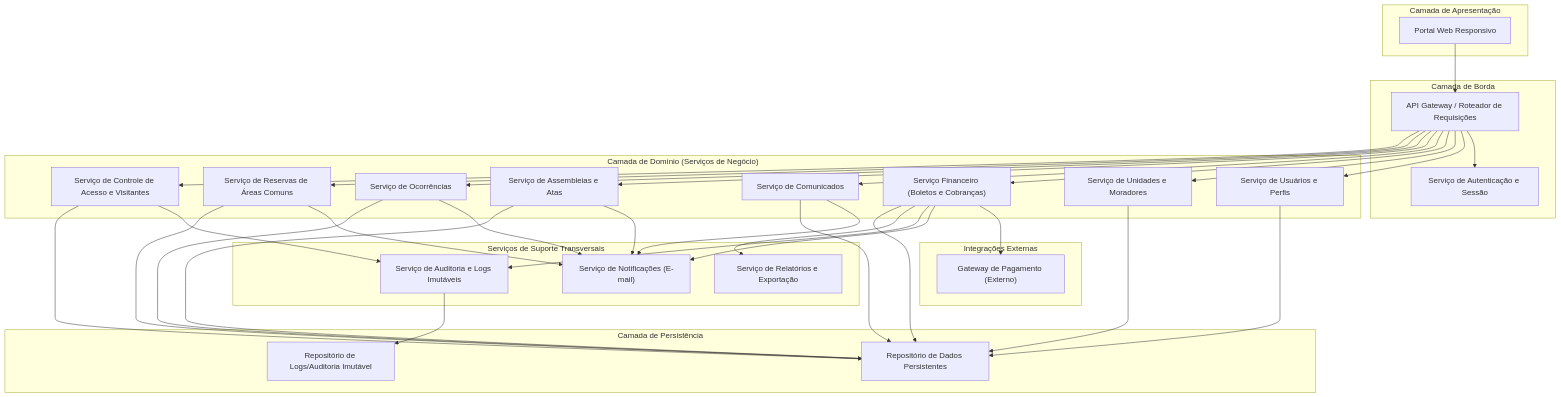
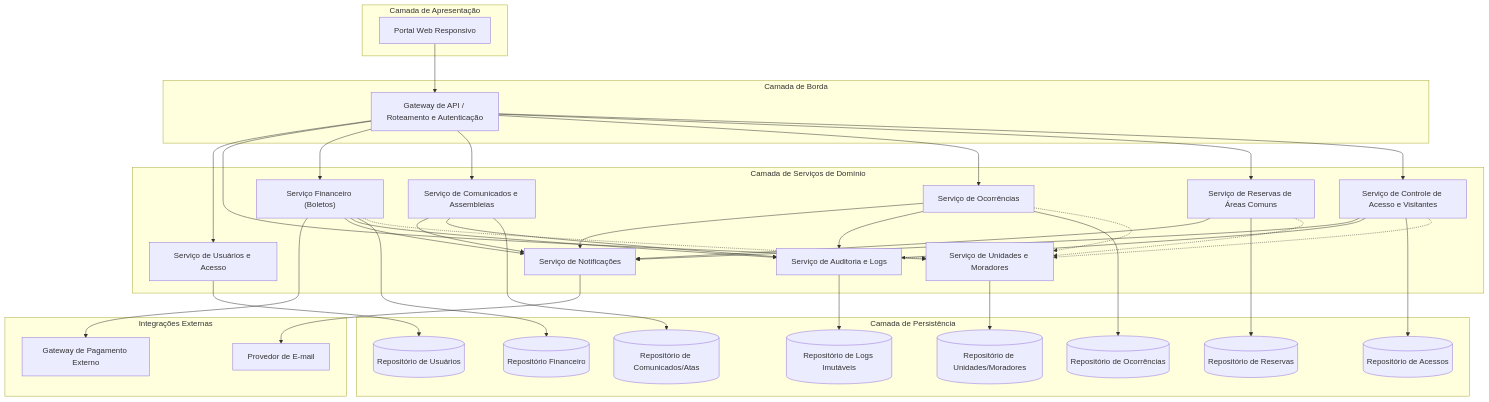
One commit to PDC-ESIA/AI4ES changed the first of 3 diagrams in docs/Time_2_Design/analise-qualitativa/outputs/relatorio_claude_sonnet_5_M04.md. Above: the diagram before and after it, drawn with Mermaid. The commit also changed other lines of this file and 107 other files, not shown here.

````diff
--- a/docs/Time_2_Design/analise-qualitativa/outputs/relatorio_claude_sonnet_5_M04.md
+++ b/docs/Time_2_Design/analise-qualitativa/outputs/relatorio_claude_sonnet_5_M04.md
@@ -33,68 +33,74 @@
 ```mermaid
 flowchart TB
     subgraph Cliente["Camada de Apresentação"]
         PortalWeb["Portal Web Responsivo"]
     end
 
     subgraph Gateway["Camada de Borda"]
-        APIGateway["API Gateway / Roteador de Requisições"]
-        AuthService["Serviço de Autenticação e Sessão"]
+        APIGW["Gateway de API / Roteamento e Autenticação"]
     end
 
-    subgraph Dominio["Camada de Domínio (Serviços de Negócio)"]
-        UsuarioSvc["Serviço de Usuários e Perfis"]
-        UnidadeSvc["Serviço de Unidades e Moradores"]
-        FinanceiroSvc["Serviço Financeiro (Boletos e Cobranças)"]
-        ComunicadoSvc["Serviço de Comunicados"]
-        AssembleiaSvc["Serviço de Assembleias e Atas"]
-        OcorrenciaSvc["Serviço de Ocorrências"]
-        ReservaSvc["Serviço de Reservas de Áreas Comuns"]
-        AcessoSvc["Serviço de Controle de Acesso e Visitantes"]
+    subgraph Servicos["Camada de Serviços de Domínio"]
+        SvcUsuarios["Serviço de Usuários e Acesso"]
+        SvcUnidades["Serviço de Unidades e Moradores"]
+        SvcFinanceiro["Serviço Financeiro (Boletos)"]
+        SvcComunicacao["Serviço de Comunicados e Assembleias"]
+        SvcOcorrencias["Serviço de Ocorrências"]
+        SvcReservas["Serviço de Reservas de Áreas Comuns"]
+        SvcAcesso["Serviço de Controle de Acesso e Visitantes"]
+        SvcNotificacao["Serviço de Notificações"]
+        SvcAuditoria["Serviço de Auditoria e Logs"]
     end
 
-    subgraph Suporte["Serviços de Suporte Transversais"]
-        NotificacaoSvc["Serviço de Notificações (E-mail)"]
-        AuditoriaSvc["Serviço de Auditoria e Logs Imutáveis"]
-        RelatorioSvc["Serviço de Relatórios e Exportação"]
-    end
-
-    subgraph Externo["Integrações Externas"]
-        GatewayPagamento["Gateway de Pagamento (Externo)"]
+    subgraph Integracoes["Integrações Externas"]
+        GatewayPagamento["Gateway de Pagamento Externo"]
+        ServidorEmail["Provedor de E-mail"]
     end
 
     subgraph Persistencia["Camada de Persistência"]
-        RepositorioDados["Repositório de Dados Persistentes"]
-        RepositorioLogs["Repositório de Logs/Auditoria Imutável"]
+        RepoUsuarios[("Repositório de Usuários")]
+        RepoUnidades[("Repositório de Unidades/Moradores")]
+        RepoFinanceiro[("Repositório Financeiro")]
+        RepoComunicacao[("Repositório de Comunicados/Atas")]
+        RepoOcorrencias[("Repositório de Ocorrências")]
+        RepoReservas[("Repositório de Reservas")]
+        RepoAcesso[("Repositório de Acessos")]
+        RepoAuditoria[("Repositório de Logs Imutáveis")]
     end
 
-    PortalWeb --> APIGateway
-    APIGateway --> AuthService
-    APIGateway --> UsuarioSvc
-    APIGateway --> UnidadeSvc
-    APIGateway --> FinanceiroSvc
-    APIGateway --> ComunicadoSvc
-    APIGateway --> AssembleiaSvc
-    APIGateway --> OcorrenciaSvc
-    APIGateway --> ReservaSvc
-    APIGateway --> AcessoSvc
+    PortalWeb --> APIGW
+    APIGW --> SvcUsuarios
+    APIGW --> SvcUnidades
+    APIGW --> SvcFinanceiro
+    APIGW --> SvcComunicacao
+    APIGW --> SvcOcorrencias
+    APIGW --> SvcReservas
+    APIGW --> SvcAcesso
 
-    FinanceiroSvc --> GatewayPagamento
-    FinanceiroSvc --> NotificacaoSvc
-    FinanceiroSvc --> AuditoriaSvc
-    ComunicadoSvc --> NotificacaoSvc
-    AssembleiaSvc --> NotificacaoSvc
-    OcorrenciaSvc --> NotificacaoSvc
-    ReservaSvc --> NotificacaoSvc
-    AcessoSvc --> AuditoriaSvc
-    FinanceiroSvc --> RelatorioSvc
+    SvcFinanceiro --> GatewayPagamento
+    SvcComunicacao --> SvcNotificacao
+    SvcOcorrencias --> SvcNotificacao
+    SvcReservas --> SvcNotificacao
+    SvcAcesso --> SvcNotificacao
+    SvcFinanceiro --> SvcNotificacao
+    SvcNotificacao --> ServidorEmail
 
-    UsuarioSvc --> RepositorioDados
-    UnidadeSvc --> RepositorioDados
-    FinanceiroSvc --> RepositorioDados
-    ComunicadoSvc --> RepositorioDados
-    AssembleiaSvc --> RepositorioDados
-    OcorrenciaSvc --> RepositorioDados
-    ReservaSvc --> RepositorioDados
-    AcessoSvc --> RepositorioDados
-    AuditoriaSvc --> RepositorioLogs
+    SvcFinanceiro --> SvcAuditoria
+    SvcAcesso --> SvcAuditoria
+    SvcComunicacao --> SvcAuditoria
+    SvcOcorrencias --> SvcAuditoria
+
+    SvcUsuarios --> RepoUsuarios
+    SvcUnidades --> RepoUnidades
+    SvcFinanceiro --> RepoFinanceiro
+    SvcComunicacao --> RepoComunicacao
+    SvcOcorrencias --> RepoOcorrencias
+    SvcReservas --> RepoReservas
+    SvcAcesso --> RepoAcesso
+    SvcAuditoria --> RepoAuditoria
+
+    SvcFinanceiro -.-> SvcUnidades
+    SvcReservas -.-> SvcUnidades
+    SvcAcesso -.-> SvcUnidades
+    SvcOcorrencias -.-> SvcUnidades
 ```
````
